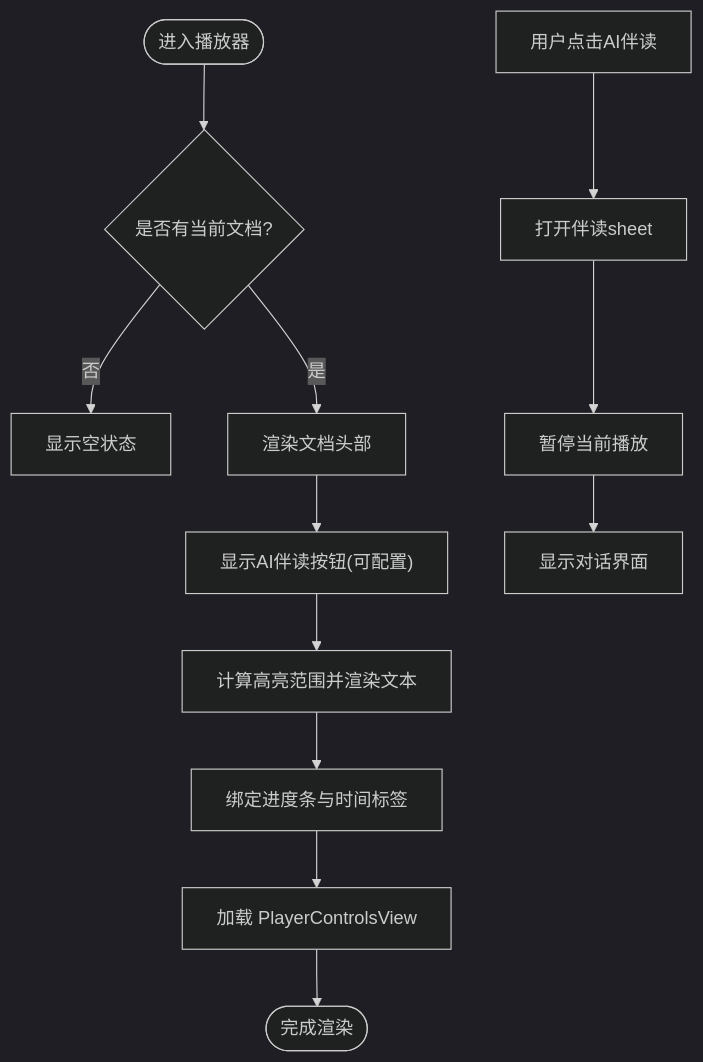
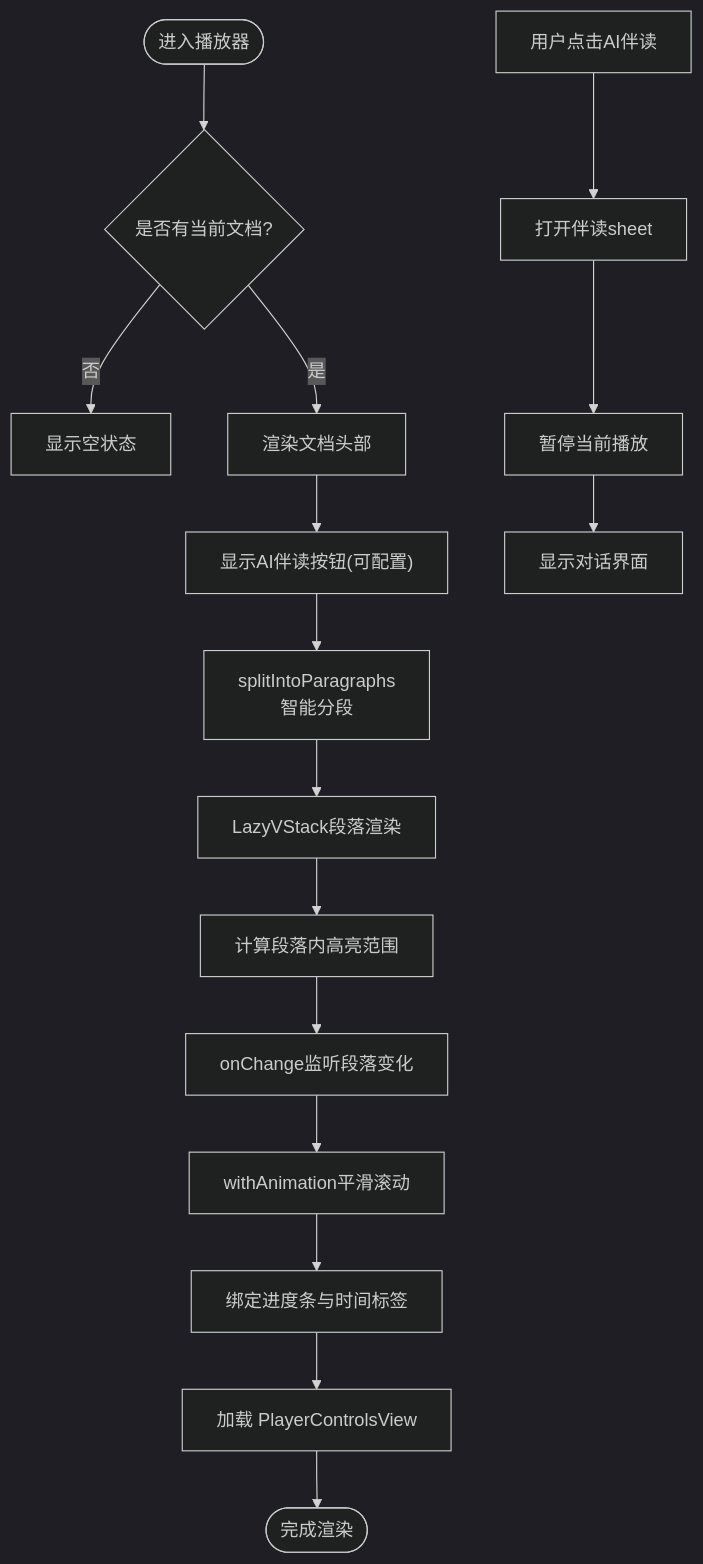
The third of 9 diagrams in .qoder/repowiki/zh/content/用户界面设计/播放器界面.md (Primoguo/Knowledge), drawn with Mermaid (dark theme) before and after one commit. The commit also changed other lines of this file and 52 other files, not shown here.

````diff
--- a/.qoder/repowiki/zh/content/用户界面设计/播放器界面.md
+++ b/.qoder/repowiki/zh/content/用户界面设计/播放器界面.md
@@ -211,14 +219,18 @@
 ```mermaid
 flowchart TD
 Start(["进入播放器"]) --> CheckDoc{"是否有当前文档?"}
 CheckDoc --> |否| Empty["显示空状态"]
 CheckDoc --> |是| Header["渲染文档头部"]
 Header --> Toolbar["显示AI伴读按钮(可配置)"]
-Toolbar --> Highlight["计算高亮范围并渲染文本"]
-Highlight --> Slider["绑定进度条与时间标签"]
+Toolbar --> SplitText["splitIntoParagraphs<br/>智能分段"]
+SplitText --> RenderParagraphs["LazyVStack段落渲染"]
+RenderParagraphs --> HighlightCalc["计算段落内高亮范围"]
+HighlightCalc --> ScrollSync["onChange监听段落变化"]
+ScrollSync --> SmoothScroll["withAnimation平滑滚动"]
+SmoothScroll --> Slider["绑定进度条与时间标签"]
 Slider --> Controls["加载 PlayerControlsView"]
 Controls --> End(["完成渲染"])
 U["用户点击AI伴读"] --> OpenSheet["打开伴读sheet"]
 OpenSheet --> PausePlay["暂停当前播放"]
 PausePlay --> ShowChat["显示对话界面"]
 ```
````
